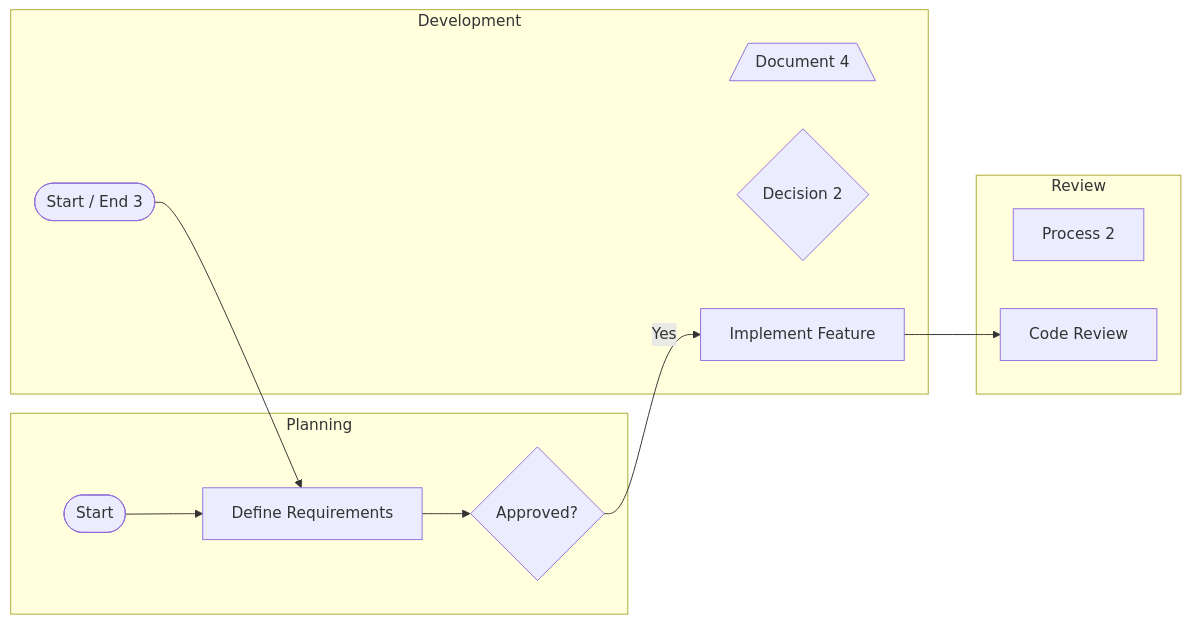
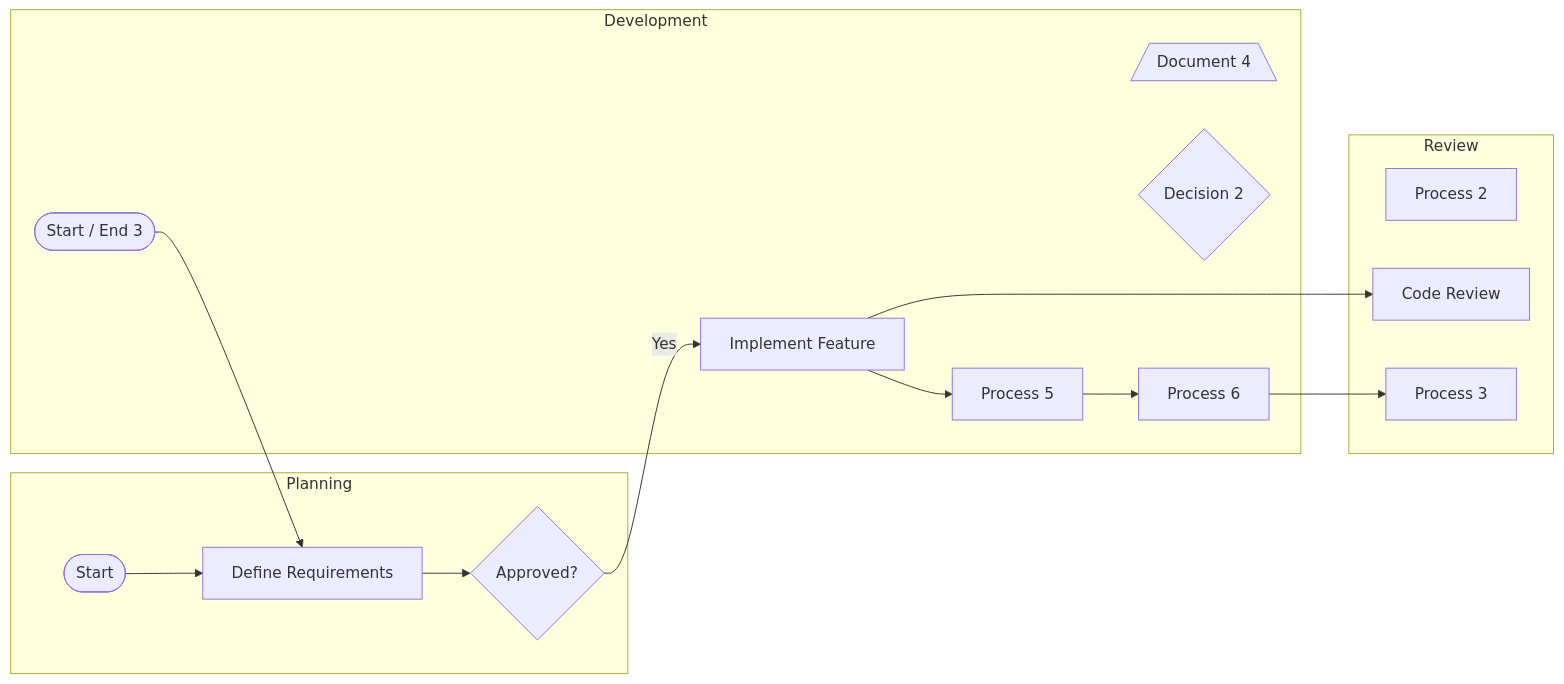
The diagram in mmd/123_9b882ae4-c4df-432b-9e50-9fb05b2c95e5.mmd (pingpm/mermaid_vault), drawn with Mermaid before and after one commit. The commit also changed 2 other files, not shown here.

Commit message:
Sync Mermaid Studio data (14 diagrams)

```diff
--- a/mmd/123_9b882ae4-c4df-432b-9e50-9fb05b2c95e5.mmd
+++ b/mmd/123_9b882ae4-c4df-432b-9e50-9fb05b2c95e5.mmd
@@ -1,21 +1,27 @@
 flowchart LR
   subgraph lane_0["Planning"]
     t_0{"Approved?"}
     t_1["Define Requirements"]
     t_2(["Start"])
   end
   subgraph lane_1["Development"]
     t_3[/"Document 4"\]
     t_4{"Decision 2"}
     t_5(["Start / End 3"])
-    t_6["Implement Feature"]
+    t_6["Process 5"]
+    t_7["Implement Feature"]
+    t_8["Process 6"]
   end
   subgraph lane_2["Review"]
-    t_7["Process 2"]
-    t_8["Code Review"]
+    t_9["Process 2"]
+    t_10["Code Review"]
+    t_11["Process 3"]
   end
-  t_0 -->|"Yes"| t_6
-  t_6 --> t_8
+  t_0 -->|"Yes"| t_7
+  t_7 --> t_10
   t_2 --> t_1
   t_1 --> t_0
   t_5 --> t_1
+  t_7 --> t_6
+  t_6 --> t_8
+  t_8 --> t_11
```
